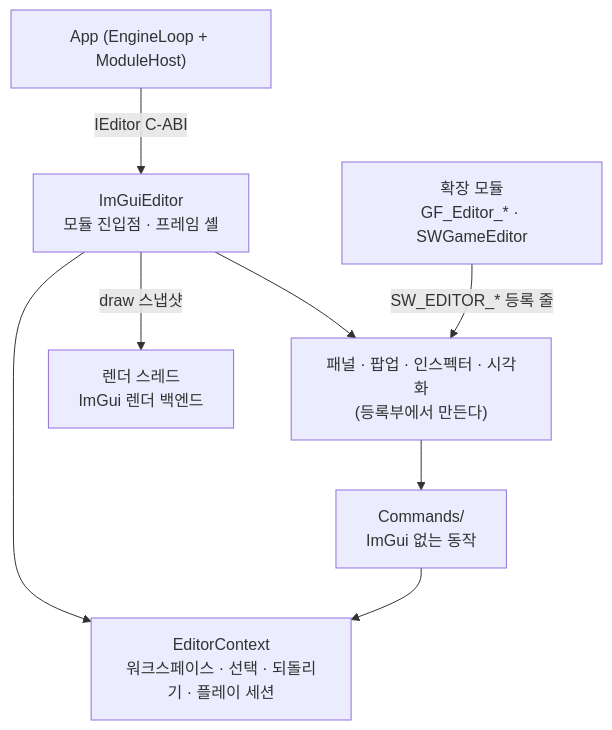
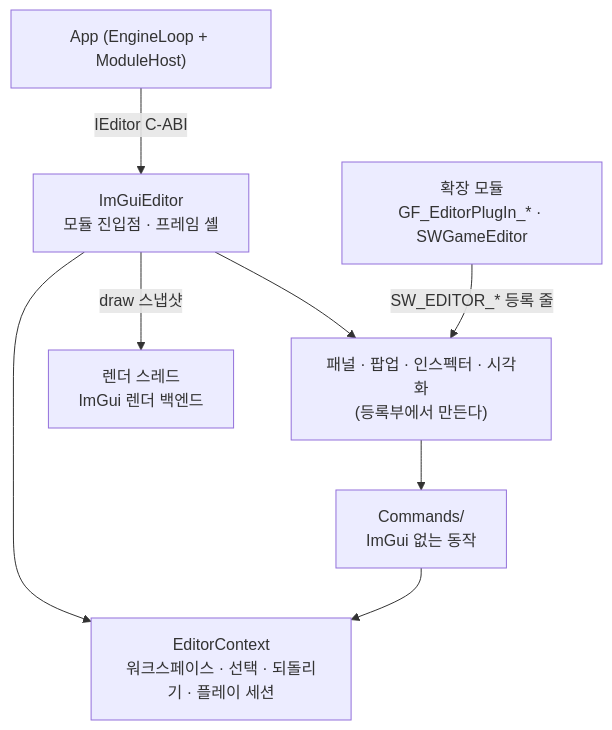
One commit to sswgame/LearningTemplate changed the diagram in Source/Editor/README.md. Above: the diagram before and after it, drawn with Mermaid. The commit also changed other lines of this file and 58 other files, not shown here.

First line of the commit message:
구조 - 에디터 확장 모듈을 GameFramework/PlugIn/Editor/<이름> 으로 모으고 GF_EditorPlugIn_ 접두를 쓴다

````diff
--- a/Source/Editor/README.md
+++ b/Source/Editor/README.md
@@ -16,10 +16,10 @@
 ```mermaid
 flowchart TB
     App["App (EngineLoop + ModuleHost)"] -->|IEditor C-ABI| Shell["ImGuiEditor<br/>모듈 진입점 · 프레임 셸"]
     Shell --> Context["EditorContext<br/>워크스페이스 · 선택 · 되돌리기 · 플레이 세션"]
     Shell --> Panels["패널 · 팝업 · 인스펙터 · 시각화<br/>(등록부에서 만든다)"]
     Panels --> Commands["Commands/<br/>ImGui 없는 동작"]
     Commands --> Context
-    Ext["확장 모듈<br/>GF_Editor_* · SWGameEditor"] -->|SW_EDITOR_* 등록 줄| Panels
+    Ext["확장 모듈<br/>GF_EditorPlugIn_* · SWGameEditor"] -->|SW_EDITOR_* 등록 줄| Panels
     Shell -->|draw 스냅샷| RT["렌더 스레드<br/>ImGui 렌더 백엔드"]
 ```
````
